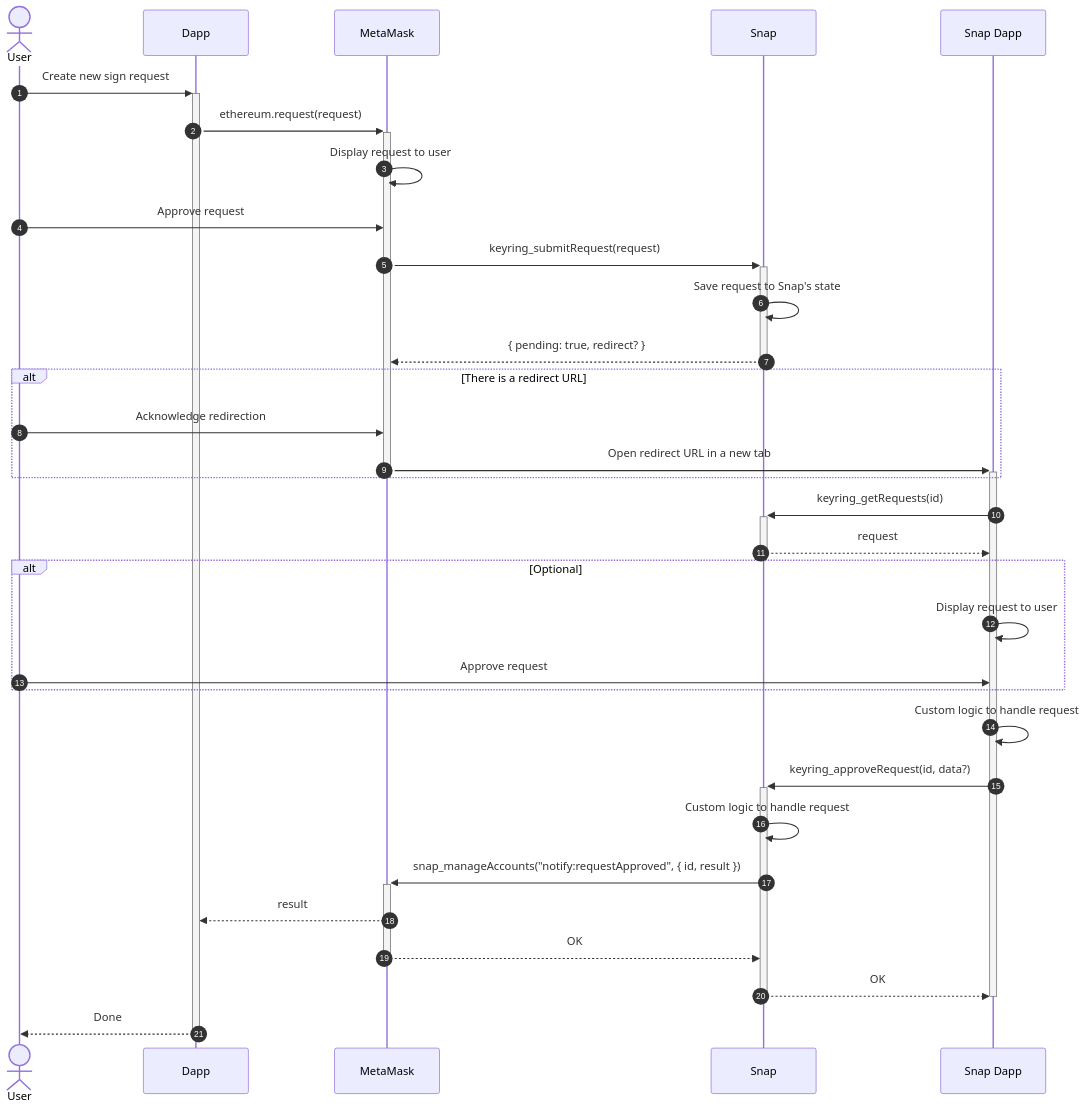
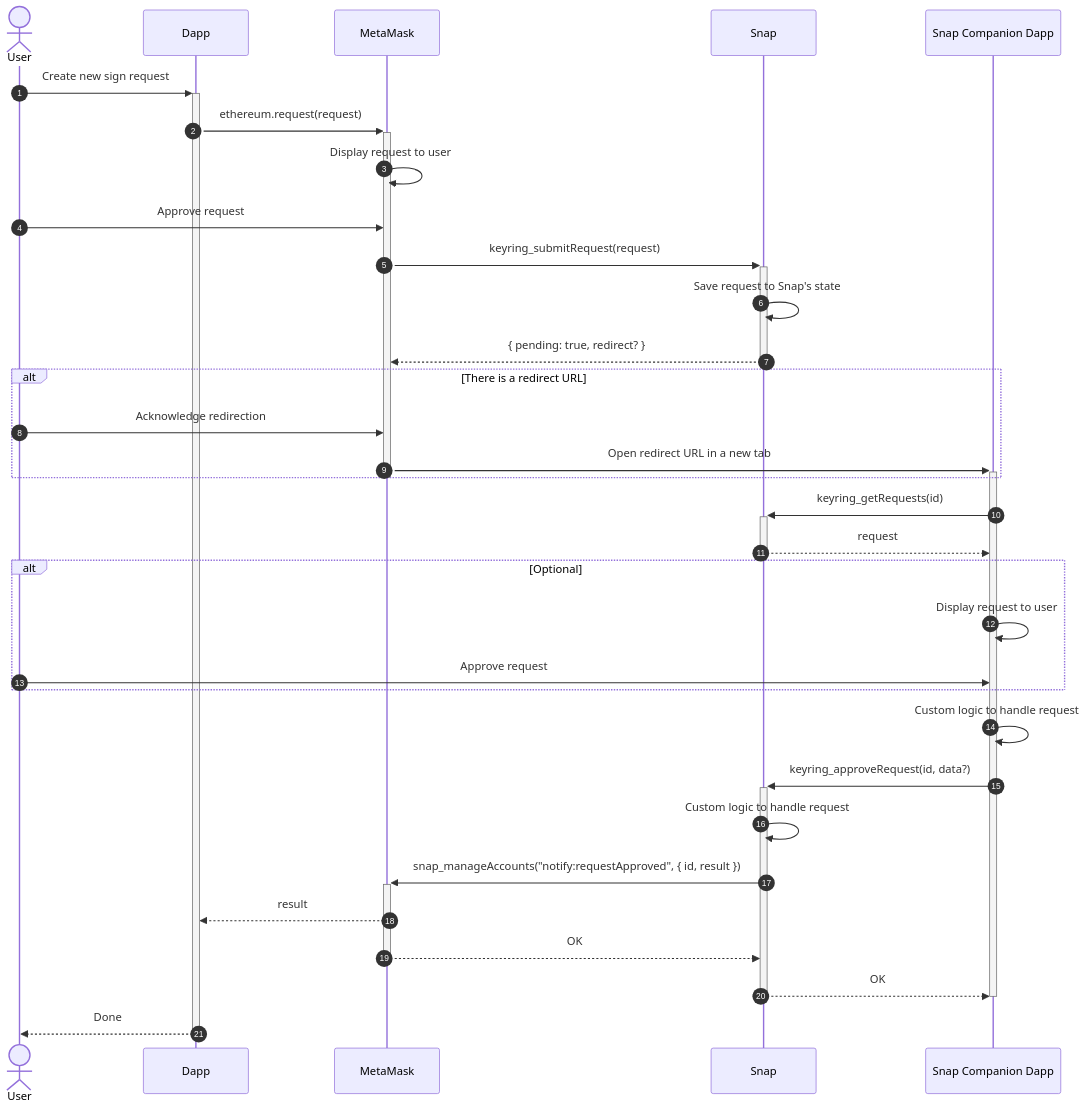
One commit to MetaMask/keyring-api changed the fourth of 5 diagrams in docs/architecture.md. Above: the diagram before and after it, drawn with Mermaid. The commit also changed other lines of this file and 1 other file, not shown here.

Commit message:
docs: update architecture systems diagram

````diff
--- a/docs/architecture.md
+++ b/docs/architecture.md
@@ -102,44 +117,44 @@
   ```mermaid
   sequenceDiagram
   autonumber
 
   actor User
   participant Dapp
   participant MetaMask
   participant Snap
-  participant Site as Snap Dapp
+  participant Site as Snap Companion Dapp
 
   User ->>+ Dapp: Create new sign request
   Dapp ->>+ MetaMask: ethereum.request(request)
   MetaMask ->> MetaMask: Display request to user
   User ->> MetaMask: Approve request
 
   MetaMask ->>+ Snap: keyring_submitRequest(request)
   Snap ->> Snap: Save request to Snap's state
   Snap -->>- MetaMask: { pending: true, redirect? }
   alt There is a redirect URL
     User ->> MetaMask: Acknowledge redirection
     MetaMask ->>+ Site: Open redirect URL in a new tab
   end
   deactivate MetaMask
 
   Site ->>+ Snap: keyring_getRequests(id)
   Snap -->>- Site: request
 
   alt Optional
     Site ->> Site: Display request to user
     User ->> Site: Approve request
   end
 
   Site ->> Site: Custom logic to handle request
   Site ->>+ Snap: keyring_approveRequest(id, data?)
   Snap ->> Snap: Custom logic to handle request
   Snap ->>+ MetaMask: snap_manageAccounts("notify:requestApproved", { id, result })
 
   MetaMask -->> Dapp: result
   MetaMask -->>- Snap: OK
   Snap -->>- Site: OK
   deactivate Site
 
   Dapp -->>- User: Done
   ```
````
